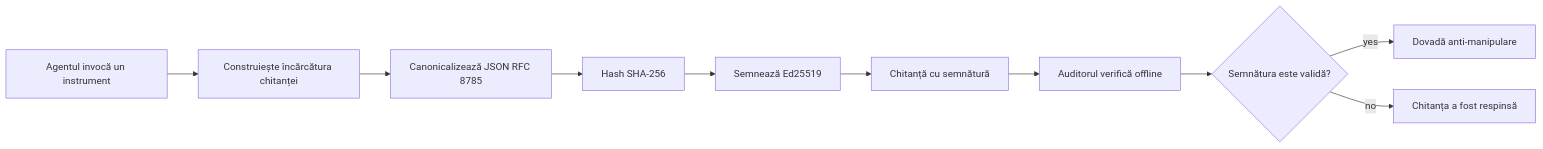
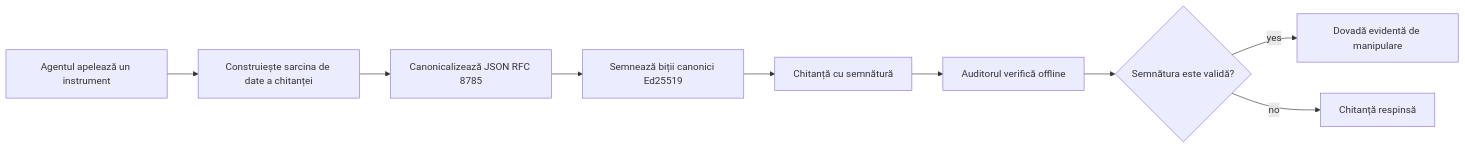
Before and after one commit to gabrielmoreira/agent-skills-mirror: the first of 2 diagrams in mirrors/repos/microsoft@ai-agents-for-beginners/translations/ro/18-securing-ai-agents/README.md, drawn with Mermaid. The commit also changed other lines of this file and 4262 other files, not shown here.

````diff
--- a/mirrors/repos/microsoft@ai-agents-for-beginners/translations/ro/18-securing-ai-agents/README.md
+++ b/mirrors/repos/microsoft@ai-agents-for-beginners/translations/ro/18-securing-ai-agents/README.md
@@ -51,12 +51,11 @@
 ```mermaid
 flowchart LR
-    A[Agentul invocă un instrument] --> B[Construiește încărcătura chitanței]
+    A[Agentul apelează un instrument] --> B[Construiește sarcina de date a chitanței]
     B --> C[Canonicalizează JSON RFC 8785]
-    C --> D[Hash SHA-256]
-    D --> E[Semnează Ed25519]
+    C --> E[Semnează biții canonici Ed25519]
     E --> F[Chitanță cu semnătură]
     F --> G[Auditorul verifică offline]
     G --> H{Semnătura este validă?}
-    H -- yes --> I[Dovadă anti-manipulare]
-    H -- no --> J[Chitanța a fost respinsă]
+    H -- yes --> I[Dovadă evidentă de manipulare]
+    H -- no --> J[Chitanță respinsă]
 ```
````
